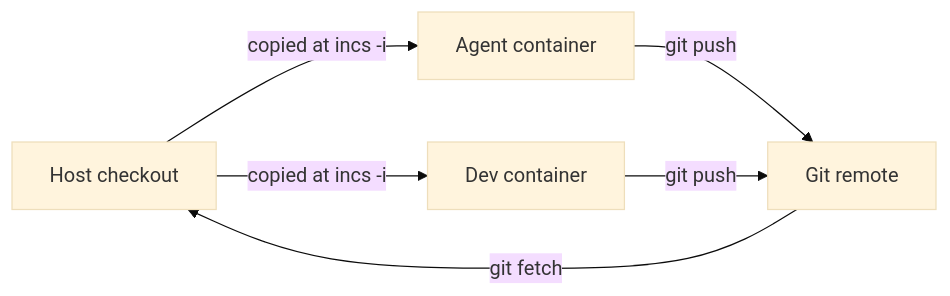
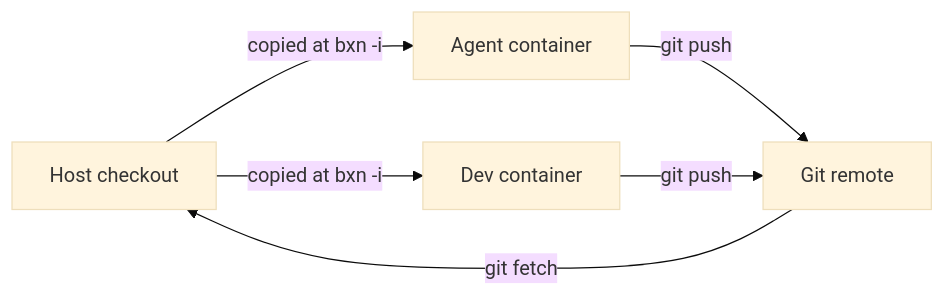
Before and after one commit to MixTapeSoftware/agent_incus: the diagram in README.md, drawn with Mermaid (base theme). The commit also changed other lines of this file and 65 other files, not shown here.

First line of the commit message:
refactor: rename AgentIncus to Boxen, with the bxn command

````diff
--- a/README.md
+++ b/README.md
@@ -306,8 +306,8 @@
 ```mermaid
 graph LR
-    H["Host checkout"] -- "copied at incs -i" --> A["Agent container"]
-    H -- "copied at incs -i" --> D["Dev container"]
+    H["Host checkout"] -- "copied at bxn -i" --> A["Agent container"]
+    H -- "copied at bxn -i" --> D["Dev container"]
     A -- "git push" --> R["Git remote"]
     D -- "git push" --> R
     R -- "git fetch" --> H
 ```
````
